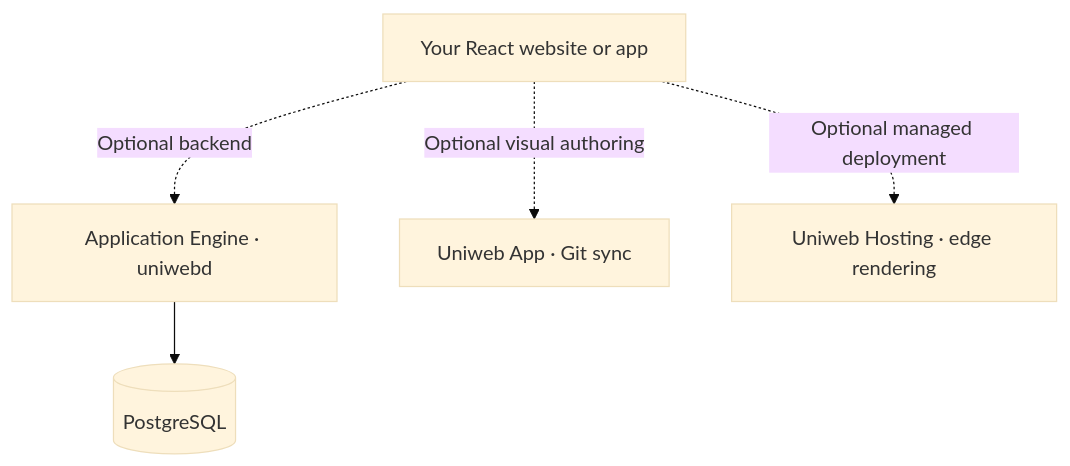
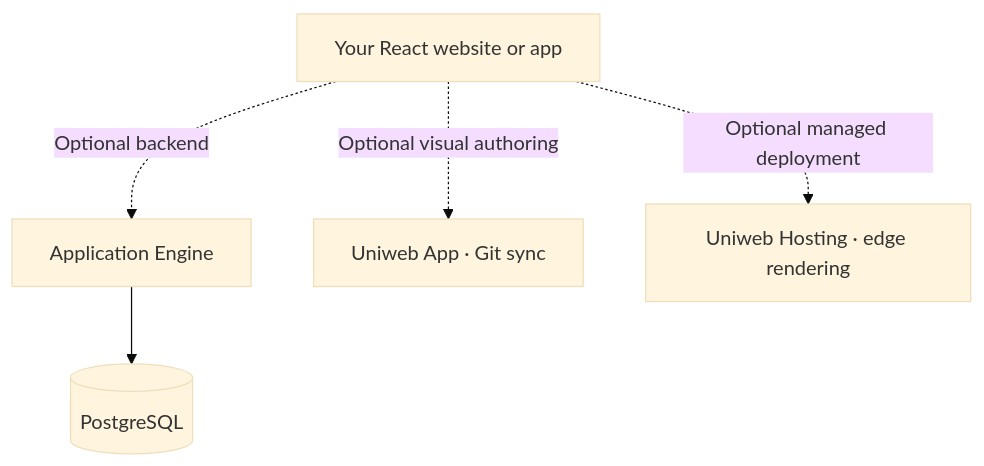
The diagram in README.md (uniweb/uniweb), drawn with Mermaid (base theme) before and after one commit. The commit also changed other lines of this file, not shown here.

````diff
--- a/README.md
+++ b/README.md
@@ -114,8 +114,8 @@
 ```mermaid
 flowchart TB
     Web["Your React website or app"]
-    Web -. "Optional backend" .-> Engine["Application Engine · uniwebd"]
+    Web -. "Optional backend" .-> Engine["Application Engine"]
     Engine --> DB[("PostgreSQL")]
     Web -. "Optional visual authoring" .-> Editor["Uniweb App · Git sync"]
     Web -. "Optional managed deployment" .-> Cloud["Uniweb Hosting · edge rendering"]
 ```
````
